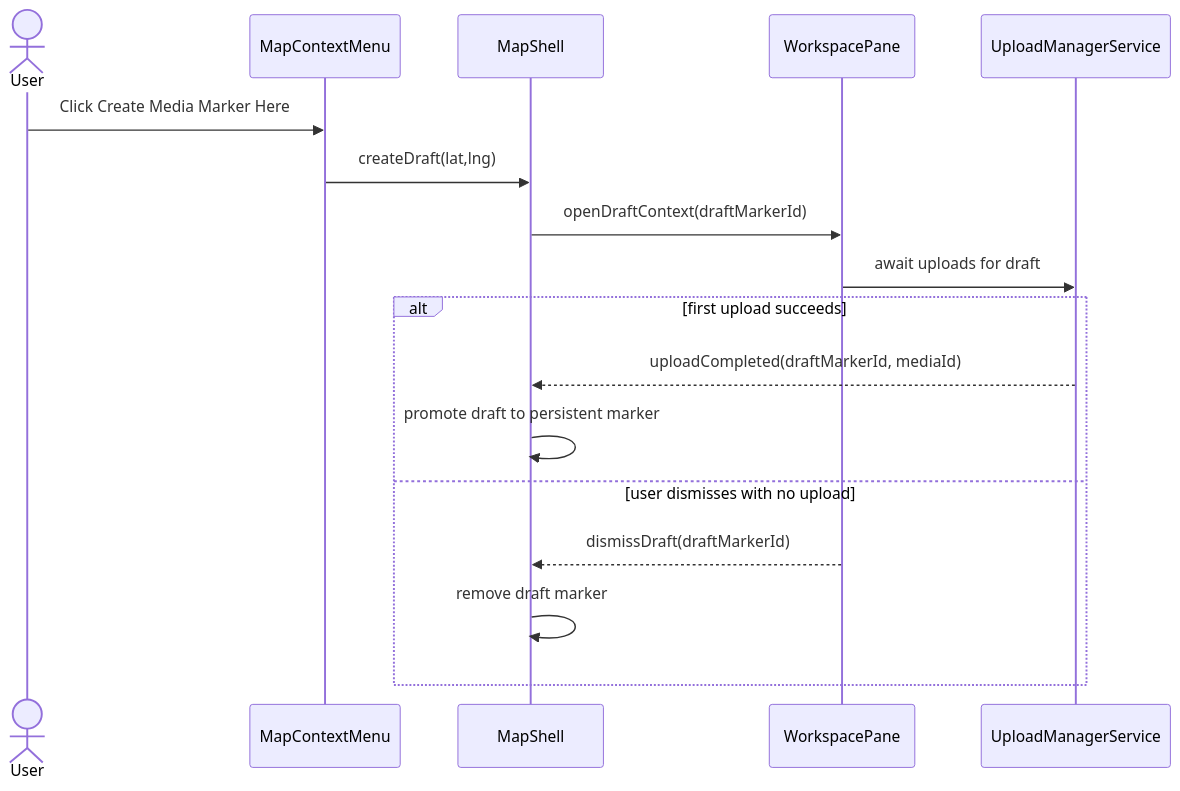
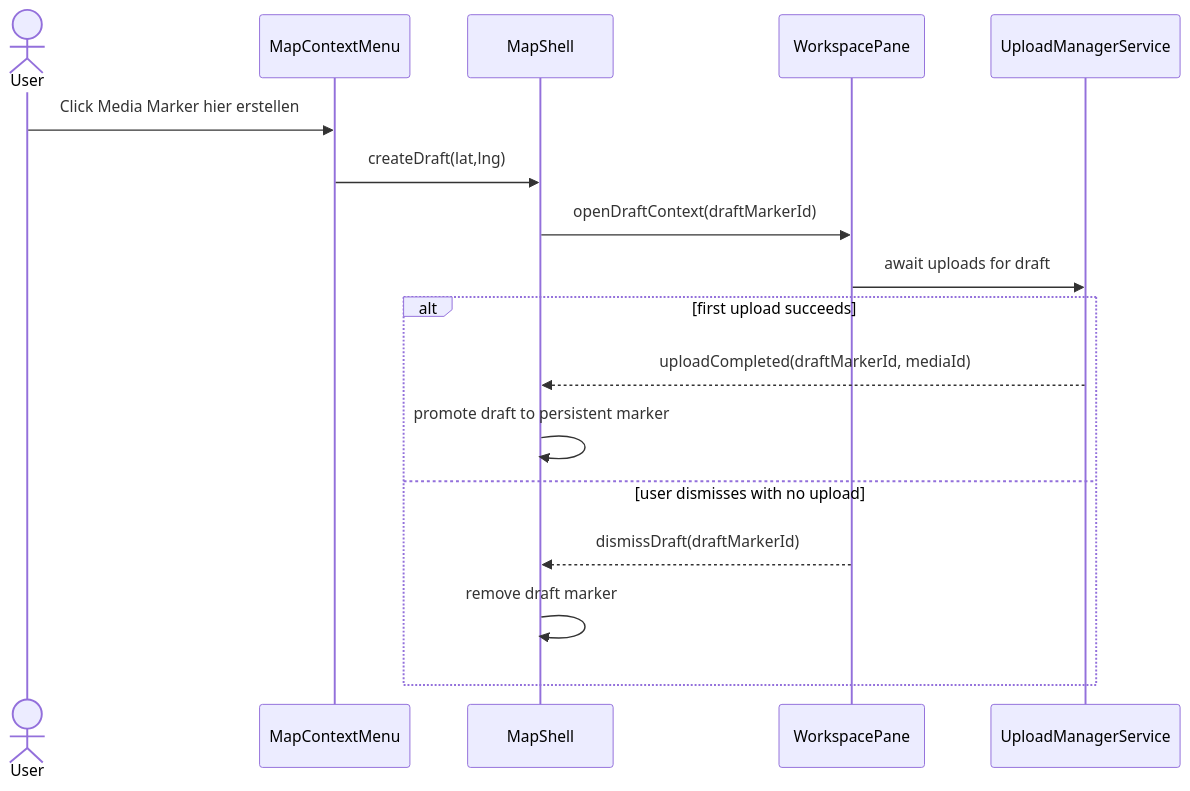
The second of 2 diagrams in docs/element-specs/media-marker-draft-flow.md (matkleve/feldpost), drawn with Mermaid before and after one commit. The commit also changed other lines of this file and 22 other files, not shown here.

````diff
--- a/docs/element-specs/media-marker-draft-flow.md
+++ b/docs/element-specs/media-marker-draft-flow.md
@@ -94,20 +94,20 @@
 ```mermaid
 sequenceDiagram
   actor User
   participant MCM as MapContextMenu
   participant Shell as MapShell
   participant Pane as WorkspacePane
   participant UM as UploadManagerService
 
-  User->>MCM: Click Create Media Marker Here
+  User->>MCM: Click Media Marker hier erstellen
   MCM->>Shell: createDraft(lat,lng)
   Shell->>Pane: openDraftContext(draftMarkerId)
   Pane->>UM: await uploads for draft
   alt first upload succeeds
     UM-->>Shell: uploadCompleted(draftMarkerId, mediaId)
     Shell->>Shell: promote draft to persistent marker
   else user dismisses with no upload
     Pane-->>Shell: dismissDraft(draftMarkerId)
     Shell->>Shell: remove draft marker
   end
 ```
````
